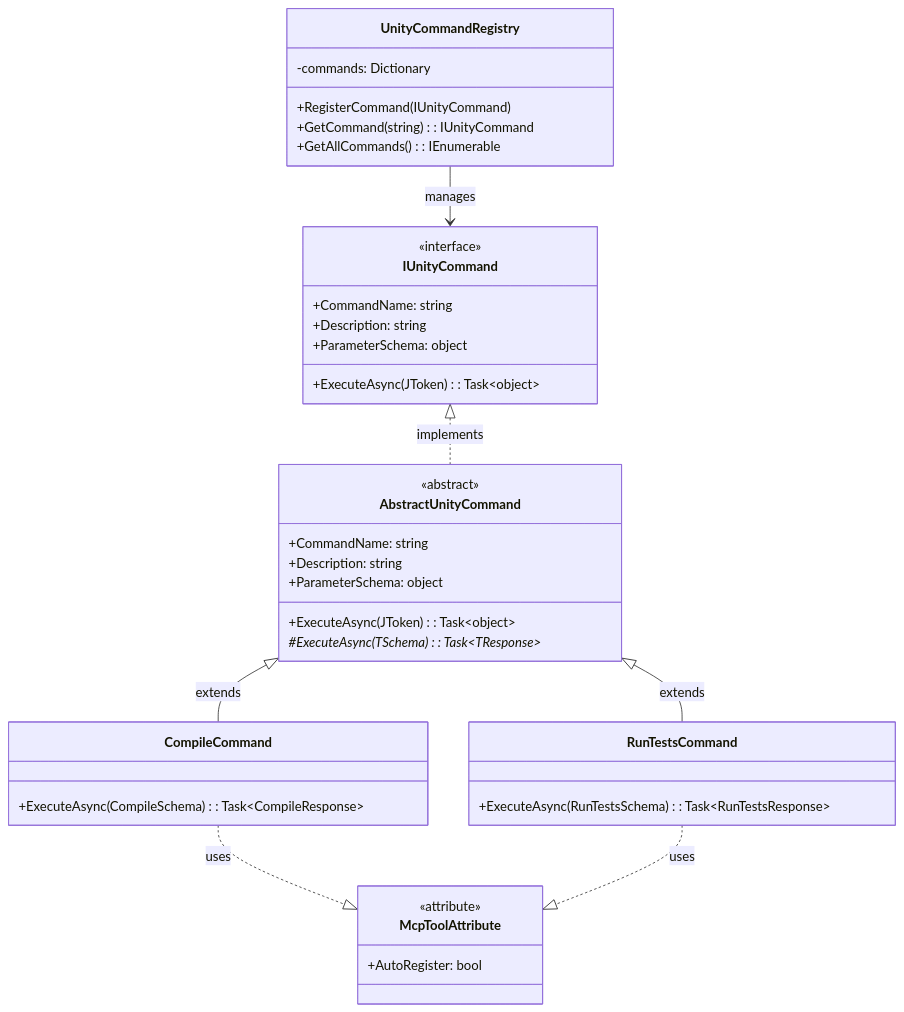
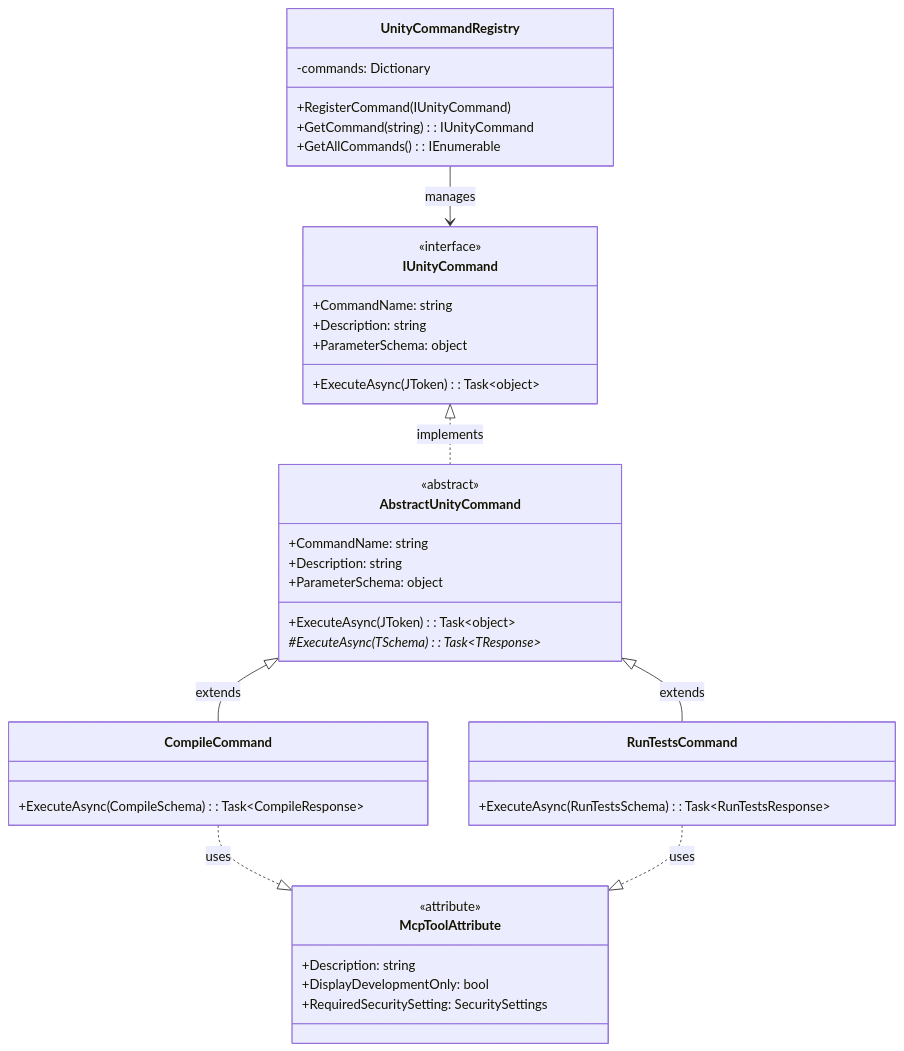
The second of 6 diagrams in Packages/src/Editor/ARCHITECTURE.md (hatayama/uMCP), drawn with Mermaid before and after one commit. The commit also changed other lines of this file and 28 other files, not shown here.

````diff
--- a/Packages/src/Editor/ARCHITECTURE.md
+++ b/Packages/src/Editor/ARCHITECTURE.md
@@ -83,46 +84,48 @@
 ```mermaid
 classDiagram
     class IUnityCommand {
         <<interface>>
         +CommandName: string
         +Description: string
         +ParameterSchema: object
         +ExecuteAsync(JToken): Task~object~
     }
 
     class AbstractUnityCommand {
         <<abstract>>
         +CommandName: string
         +Description: string
         +ParameterSchema: object
         +ExecuteAsync(JToken): Task~object~
         #ExecuteAsync(TSchema)*: Task~TResponse~
     }
 
     class UnityCommandRegistry {
         -commands: Dictionary
         +RegisterCommand(IUnityCommand)
         +GetCommand(string): IUnityCommand
         +GetAllCommands(): IEnumerable
     }
 
     class McpToolAttribute {
         <<attribute>>
-        +AutoRegister: bool
+        +Description: string
+        +DisplayDevelopmentOnly: bool
+        +RequiredSecuritySetting: SecuritySettings
     }
 
     class CompileCommand {
         +ExecuteAsync(CompileSchema): Task~CompileResponse~
     }
 
     class RunTestsCommand {
         +ExecuteAsync(RunTestsSchema): Task~RunTestsResponse~
     }
 
     IUnityCommand <|.. AbstractUnityCommand : implements
     AbstractUnityCommand <|-- CompileCommand : extends
     AbstractUnityCommand <|-- RunTestsCommand : extends
     UnityCommandRegistry --> IUnityCommand : manages
     CompileCommand ..|> McpToolAttribute : uses
     RunTestsCommand ..|> McpToolAttribute : uses
 ```
````
